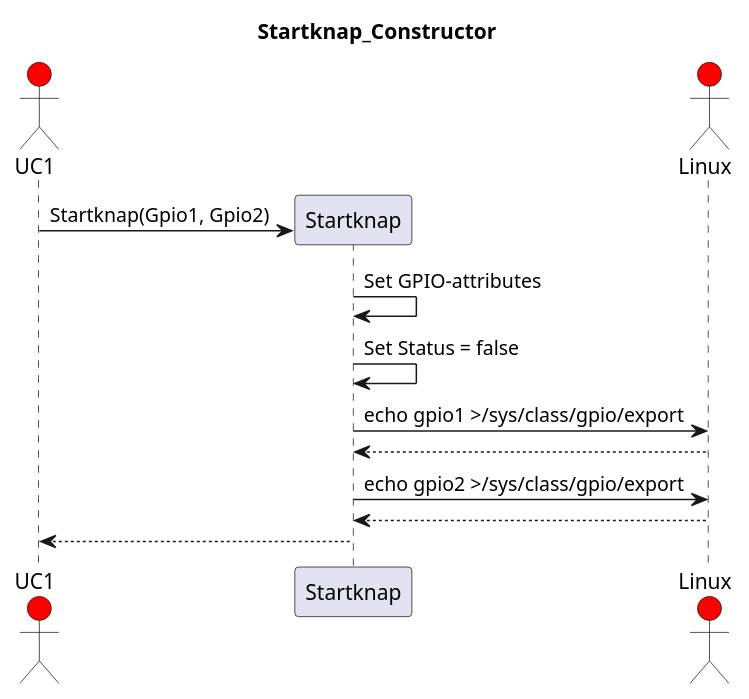
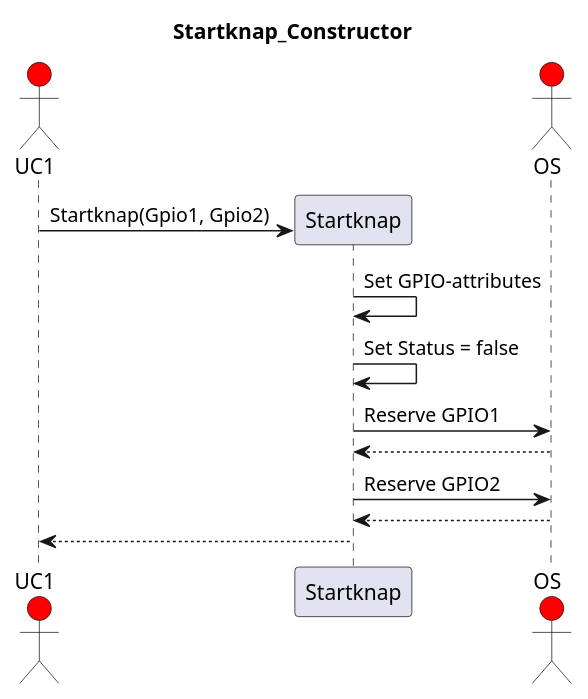
The diagram in Diagrammer/CentralComputer/Klasser/Startknap/Construtor_SD.puml (Solvgraa-mager/E3PRJ3), drawn with PlantUML before and after one commit. The commit also changed 59 other files, not shown here.

```diff
--- a/Diagrammer/CentralComputer/Klasser/Startknap/Construtor_SD.puml
+++ b/Diagrammer/CentralComputer/Klasser/Startknap/Construtor_SD.puml
@@ -1,17 +1,17 @@
 @startuml 
 title Startknap_Constructor
 actor UC1 #Red
 participant Startknap
-actor Linux #Red
+actor OS #Red
 
 UC1 -> Startknap ** : Startknap(Gpio1, Gpio2)
 Startknap ->Startknap : Set GPIO-attributes
 Startknap->Startknap : Set Status = false
-Startknap -> Linux : echo gpio1 >/sys/class/gpio/export
-Linux --> Startknap
-Startknap -> Linux : echo gpio2 >/sys/class/gpio/export
-Linux --> Startknap
+Startknap -> OS : Reserve GPIO1
+OS --> Startknap
+Startknap -> OS : Reserve GPIO2
+OS --> Startknap
 Startknap --> UC1
 
 
 @enduml
```
